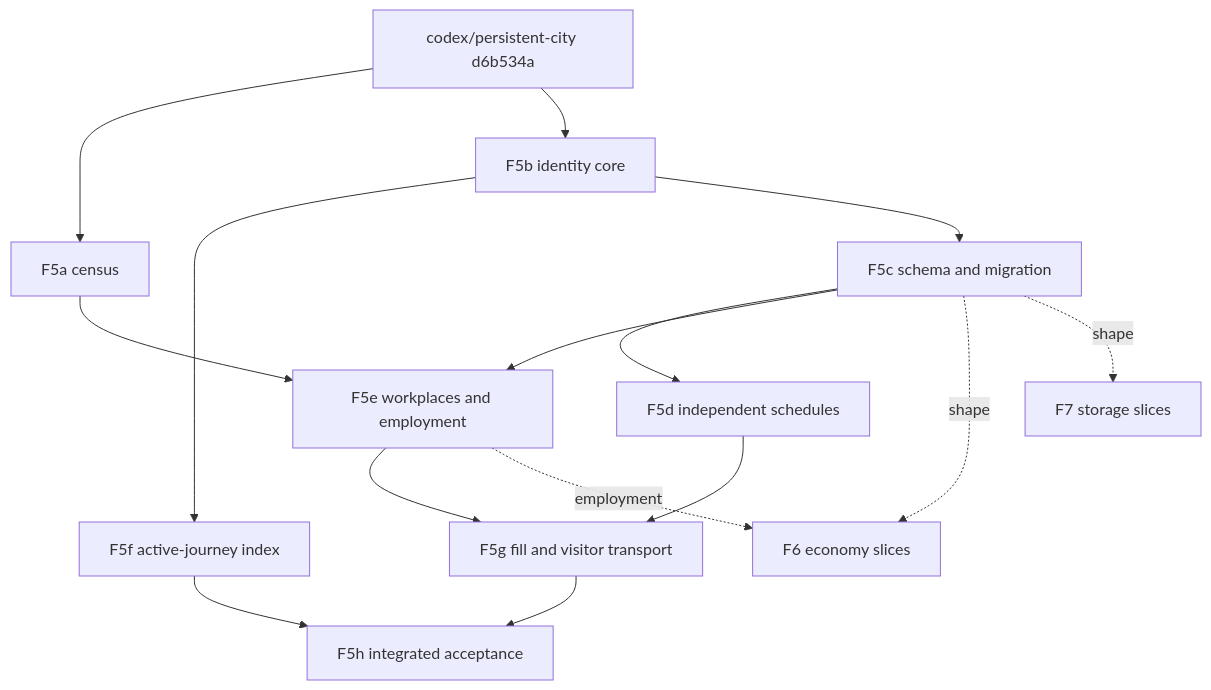
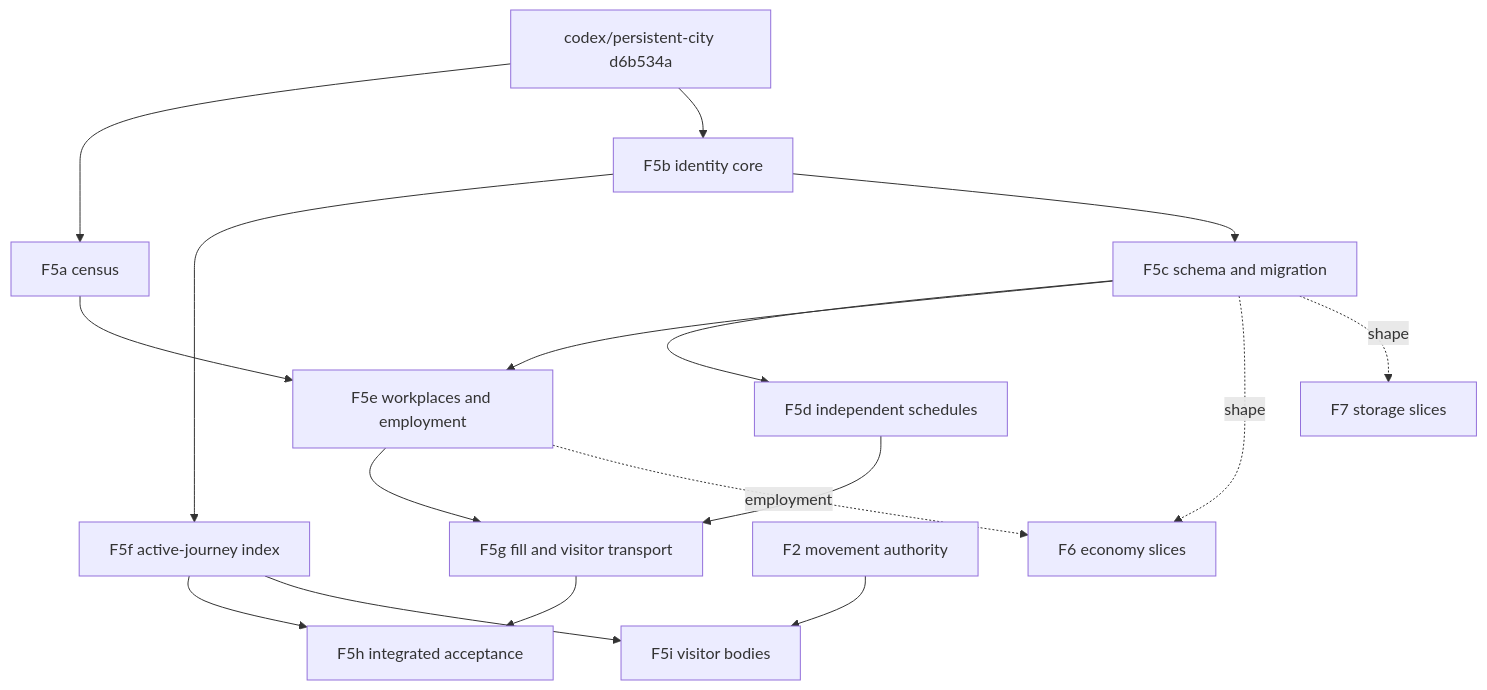
Before and after one commit to PeterHartwieg/big-ambitions-persistent-city: the diagram in docs/plans/f5-population.md, drawn with Mermaid. The commit also changed other lines of this file, not shown here.

First line of the commit message:
F5 plan review fixes: visitor lifecycle, F2-staged bodies, arrival evidence, cap split, income continuity

````diff
--- a/docs/plans/f5-population.md
+++ b/docs/plans/f5-population.md
@@ -175,17 +190,19 @@
 ```mermaid
 graph TD
   Base[codex/persistent-city d6b534a] --> F5a[F5a census]
   Base --> F5b[F5b identity core]
   F5b --> F5f[F5f active-journey index]
   F5b --> F5c[F5c schema and migration]
   F5c --> F5d[F5d independent schedules]
   F5a --> F5e[F5e workplaces and employment]
   F5c --> F5e
   F5d --> F5g[F5g fill and visitor transport]
   F5e --> F5g
   F5g --> F5h[F5h integrated acceptance]
   F5f --> F5h
+  F5f --> F5i[F5i visitor bodies]
+  F2[F2 movement authority] --> F5i
   F5c -. shape .-> F6[F6 economy slices]
   F5e -. employment .-> F6
   F5c -. shape .-> F7[F7 storage slices]
 ```
````
